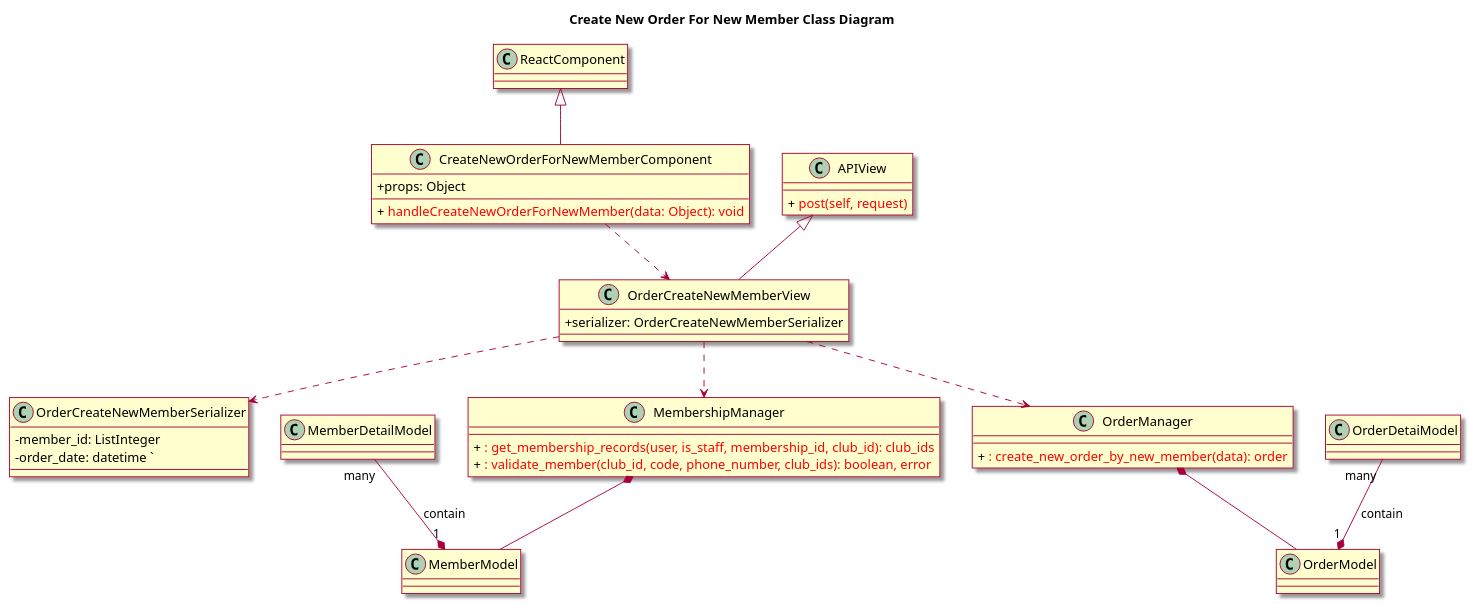
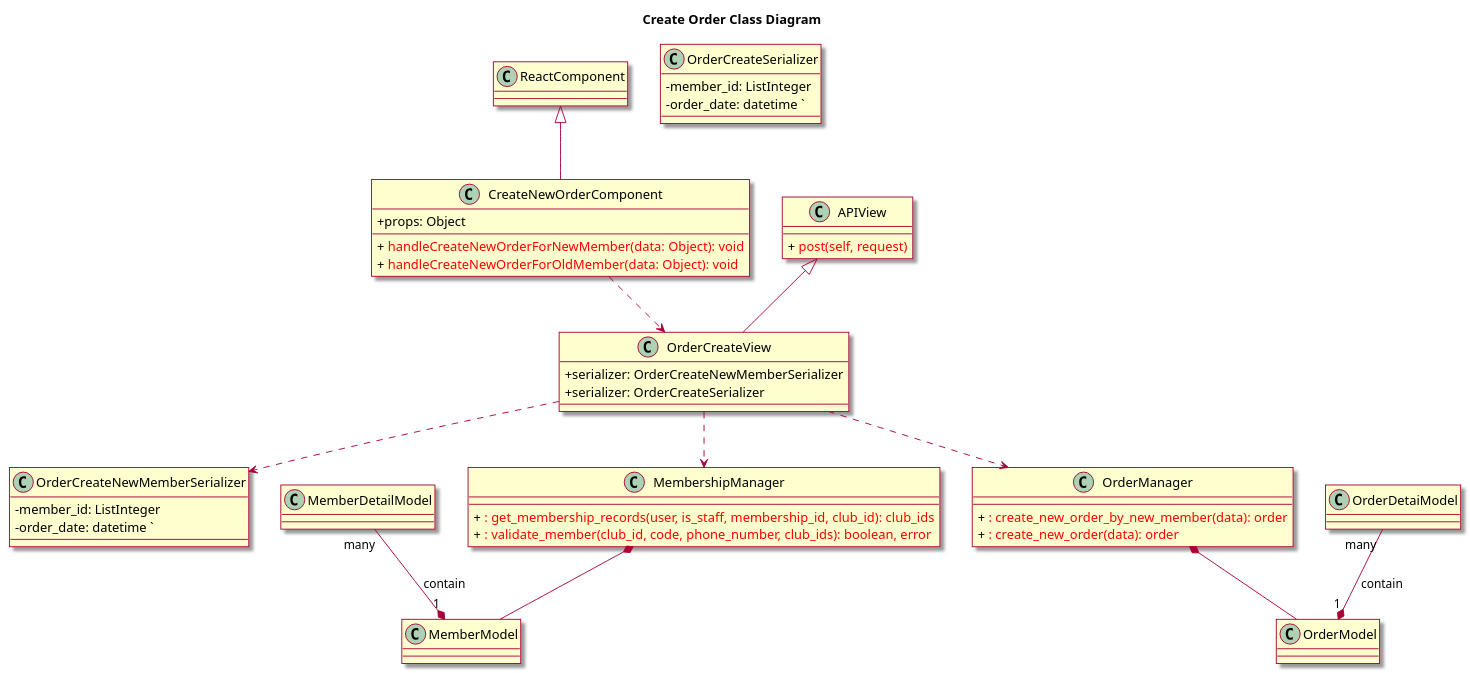
One commit to ljttl3q04t/Book-Over-There changed the diagram in uml/033-class-create-new-order-for-new-member.wsd. Above: the diagram before and after it, drawn with PlantUML. The commit also changed 7 other files, not shown here.

```diff
--- a/uml/033-class-create-new-order-for-new-member.wsd
+++ b/uml/033-class-create-new-order-for-new-member.wsd
@@ -1,50 +1,57 @@
 @startuml
 skin rose
 skinparam classAttributeIconSize 0
 
-title Create New Order For New Member Class Diagram
+title Create Order Class Diagram
 class ReactComponent
 
-class CreateNewOrderForNewMemberComponent {
+class CreateNewOrderComponent {
 	+ props: Object
 	+ {method} <color:red> handleCreateNewOrderForNewMember(data: Object): void
+	+ {method} <color:red> handleCreateNewOrderForOldMember(data: Object): void
 }
 
-class OrderCreateNewMemberView {
+class OrderCreateView {
 	+ serializer: OrderCreateNewMemberSerializer
+	+ serializer: OrderCreateSerializer
 }
 
+class OrderCreateSerializer {
+    - member_id: ListInteger
+	- order_date: datetime `
+}
 class APIView {
 	+ {method} <color:red> post(self, request)
 }
 
 class OrderCreateNewMemberSerializer {
     - member_id: ListInteger
 	- order_date: datetime `
 }
 
 class MembershipManager {
 	+ {method} <color:red> : get_membership_records(user, is_staff, membership_id, club_id): club_ids
 	+ {method} <color:red> : validate_member(club_id, code, phone_number, club_ids): boolean, error
 }
 
 class OrderManager {
 	+ {method} <color:red> : create_new_order_by_new_member(data): order
+	+ {method} <color:red> : create_new_order(data): order
 }
 
 class OrderModel 
 class OrderDetaiModel
 class MemberModel
 class MemberDetailModel
 
-ReactComponent <|-- CreateNewOrderForNewMemberComponent
-APIView <|-- OrderCreateNewMemberView
-CreateNewOrderForNewMemberComponent ..> OrderCreateNewMemberView
-OrderCreateNewMemberView ..> OrderCreateNewMemberSerializer
-OrderCreateNewMemberView ..> OrderManager
-OrderCreateNewMemberView ..> MembershipManager
+ReactComponent <|-- CreateNewOrderComponent
+APIView <|-- OrderCreateView
+CreateNewOrderComponent ..> OrderCreateView
+OrderCreateView ..> OrderCreateNewMemberSerializer
+OrderCreateView ..> OrderManager
+OrderCreateView ..> MembershipManager
 OrderManager *-- OrderModel
 MembershipManager *-- MemberModel
 OrderDetaiModel "many" --* "1"OrderModel :contain
 MemberDetailModel "many" --* "1"MemberModel :contain
 @enduml
```
